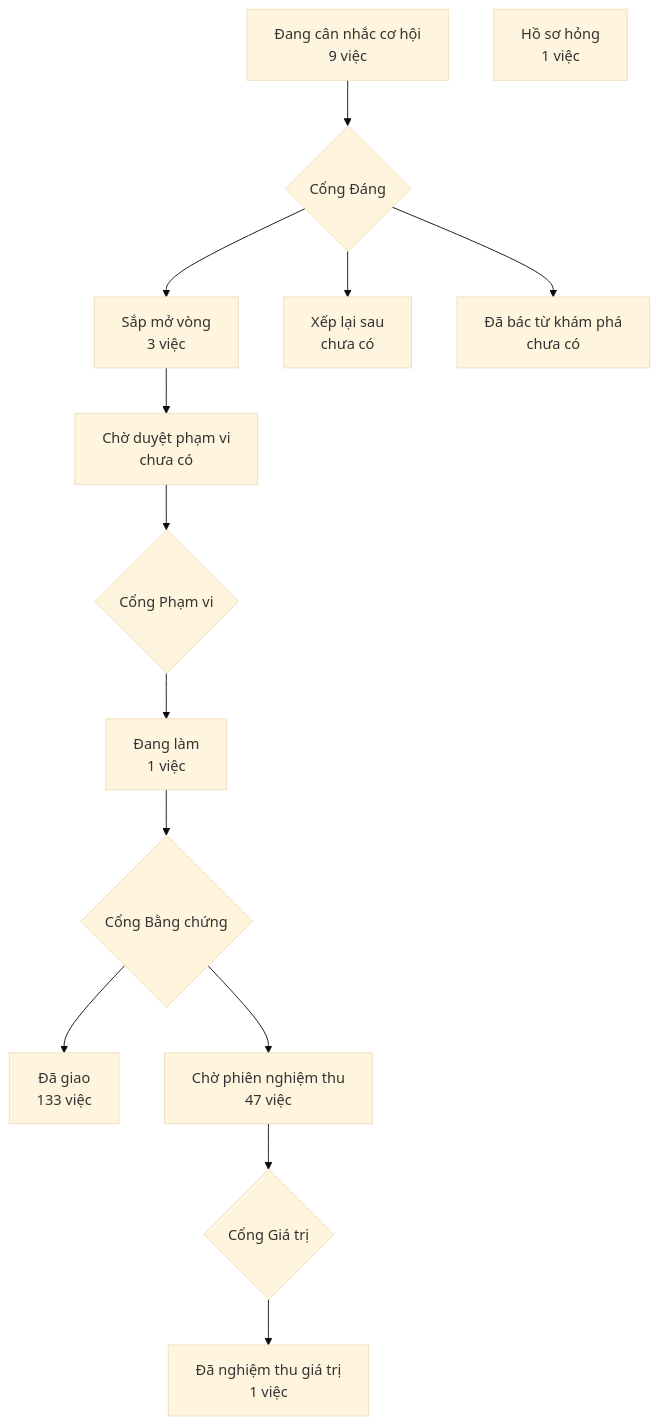
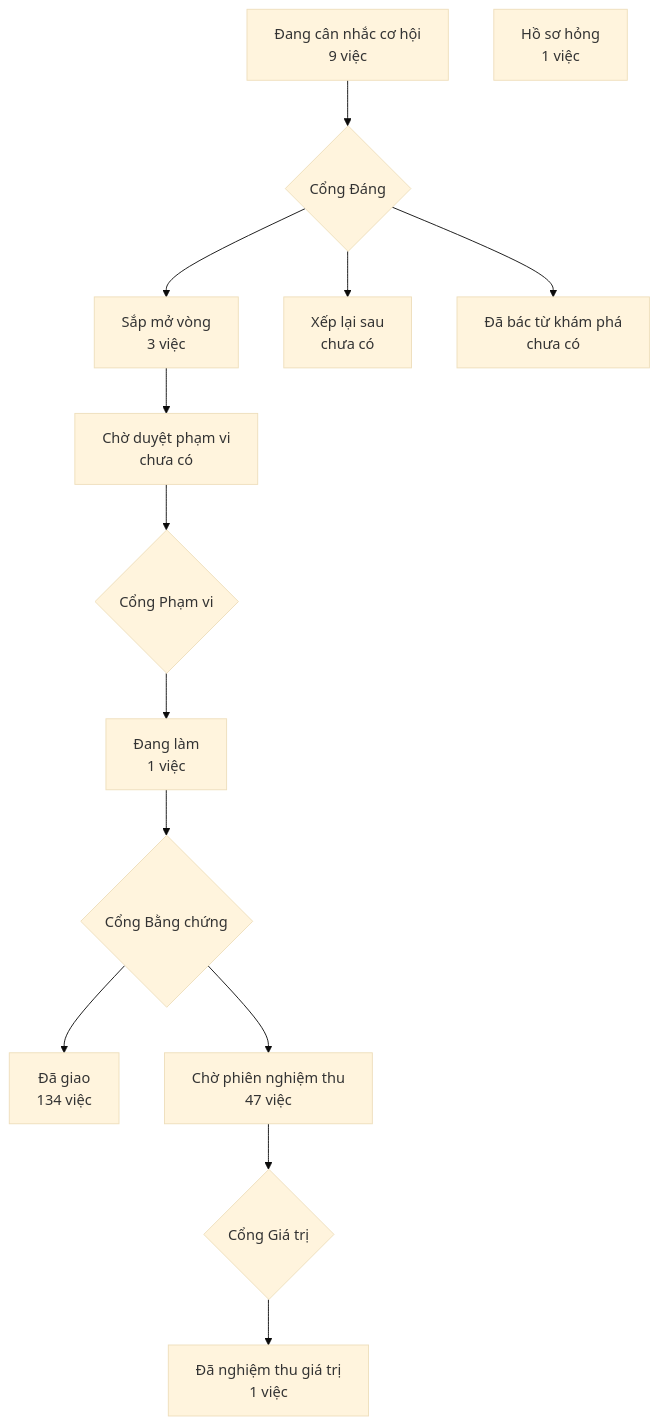
The diagram in PRODUCT-MAP.md (phanlemanh/crm-onehub), drawn with Mermaid (base theme) before and after one commit. The commit also changed other lines of this file, not shown here.

Commit message:
docs: vẽ lại bản đồ trên bản sạch sau ghim lại

````diff
--- a/PRODUCT-MAP.md
+++ b/PRODUCT-MAP.md
@@ -7,13 +7,13 @@
 ```mermaid
 flowchart TD
   A["Đang cân nhắc cơ hội<br/>9 việc"] --> GD{"Cổng Đáng"}
   GD --> B["Sắp mở vòng<br/>3 việc"]
   GD --> XL["Xếp lại sau<br/>chưa có"]
   GD --> DB["Đã bác từ khám phá<br/>chưa có"]
   B --> CD["Chờ duyệt phạm vi<br/>chưa có"] --> GP{"Cổng Phạm vi"}
   GP --> DL["Đang làm<br/>1 việc"] --> GB{"Cổng Bằng chứng"}
-  GB --> DG["Đã giao<br/>133 việc"]
+  GB --> DG["Đã giao<br/>134 việc"]
   GB --> CN["Chờ phiên nghiệm thu<br/>47 việc"] --> GG{"Cổng Giá trị"}
   GG --> NT["Đã nghiệm thu giá trị<br/>1 việc"]
   HS["Hồ sơ hỏng<br/>1 việc"]
 ```
````
